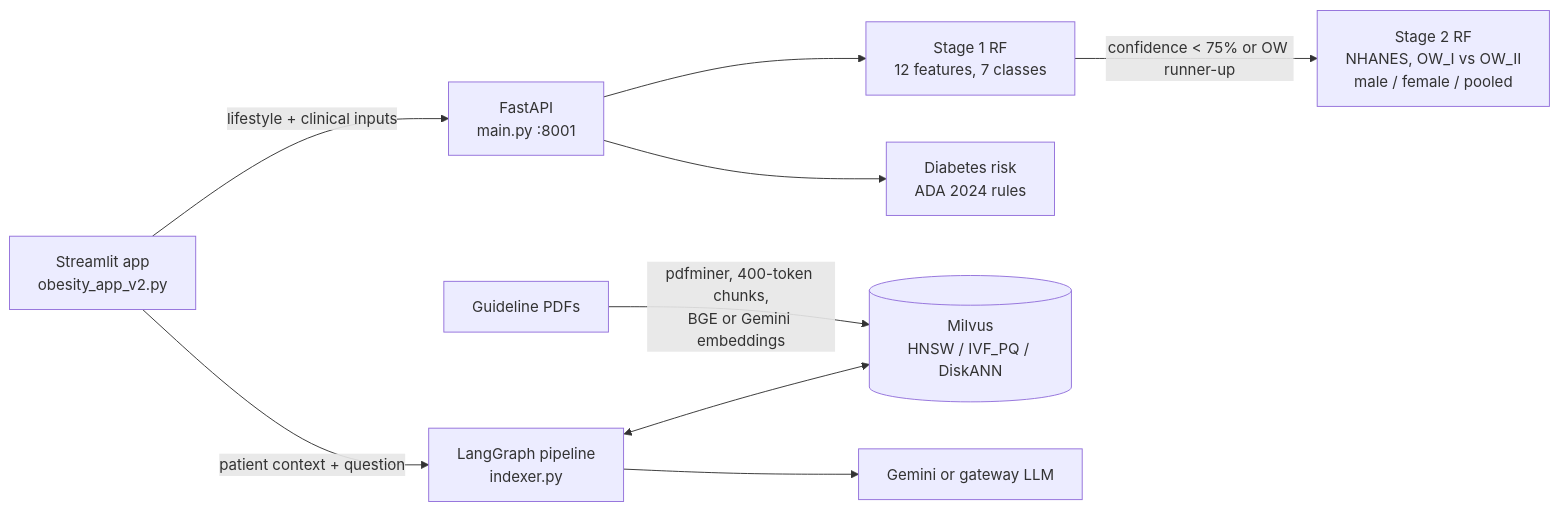
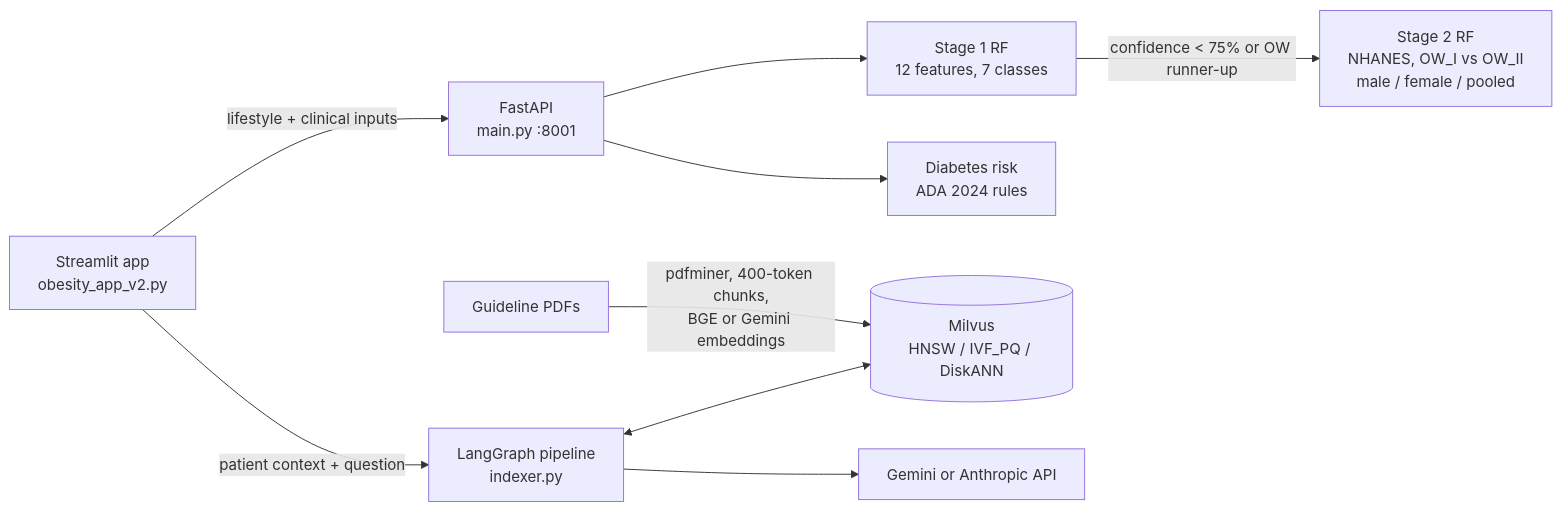
Before and after one commit to DevSoVague/obesity-risk-rag: the diagram in README.md, drawn with Mermaid. The commit also changed other lines of this file and 9 other files, not shown here.

````diff
--- a/README.md
+++ b/README.md
@@ -21,11 +17,11 @@
 ```mermaid
 flowchart LR
     UI[Streamlit app<br/>obesity_app_v2.py] -->|lifestyle + clinical inputs| API[FastAPI<br/>main.py :8001]
     API --> M1[Stage 1 RF<br/>12 features, 7 classes]
     M1 -->|confidence < 75% or OW runner-up| M2[Stage 2 RF<br/>NHANES, OW_I vs OW_II<br/>male / female / pooled]
     API --> DR[Diabetes risk<br/>ADA 2024 rules]
     UI -->|patient context + question| RAG[LangGraph pipeline<br/>indexer.py]
     RAG <--> MV[(Milvus<br/>HNSW / IVF_PQ / DiskANN)]
-    RAG --> LLM[Gemini or gateway LLM]
+    RAG --> LLM[Gemini or Anthropic API]
     PDF[Guideline PDFs] -->|pdfminer, 400-token chunks,<br/>BGE or Gemini embeddings| MV
 ```
````
